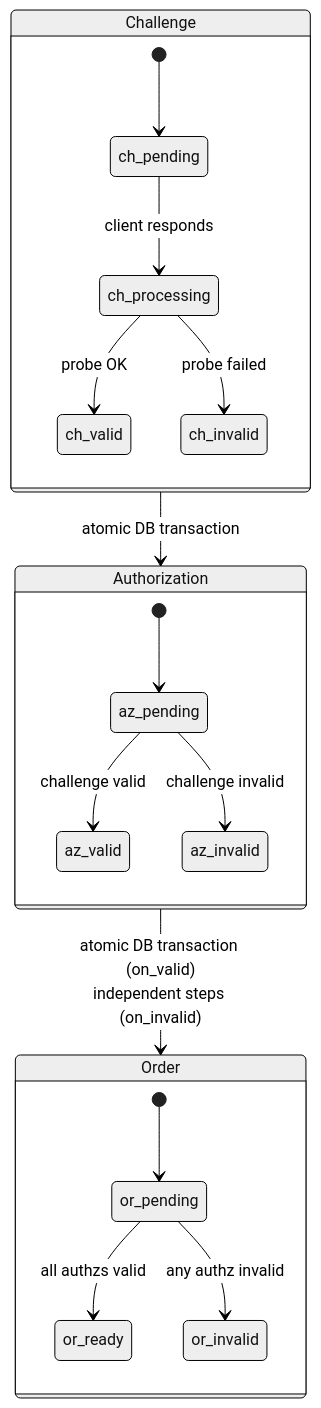
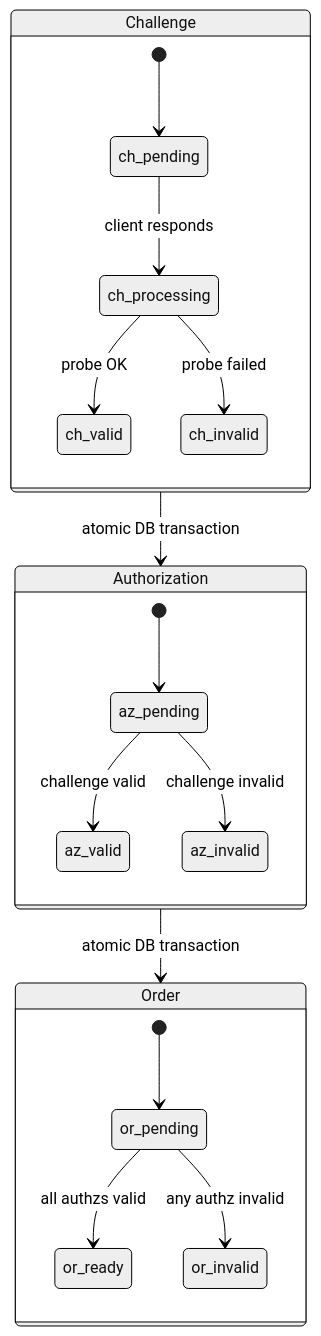
One commit to czinda/akamu changed the second of 2 diagrams in docs/src/developer/validation.md. Above: the diagram before and after it, drawn with Mermaid (neutral theme). The commit also changed other lines of this file, not shown here.

````diff
--- a/docs/src/developer/validation.md
+++ b/docs/src/developer/validation.md
@@ -119,26 +135,26 @@
 ```mermaid
 stateDiagram-v2
     direction TB
 
     state "Challenge" as chall {
         [*] --> ch_pending
         ch_pending --> ch_processing : client responds
         ch_processing --> ch_valid : probe OK
         ch_processing --> ch_invalid : probe failed
     }
 
     state "Authorization" as authz {
         [*] --> az_pending
         az_pending --> az_valid : challenge valid
         az_pending --> az_invalid : challenge invalid
     }
 
     state "Order" as ord {
         [*] --> or_pending
         or_pending --> or_ready : all authzs valid
         or_pending --> or_invalid : any authz invalid
     }
 
     chall --> authz : atomic DB transaction
-    authz --> ord : atomic DB transaction (on_valid)<br/>independent steps (on_invalid)
+    authz --> ord : atomic DB transaction
 ```
````
